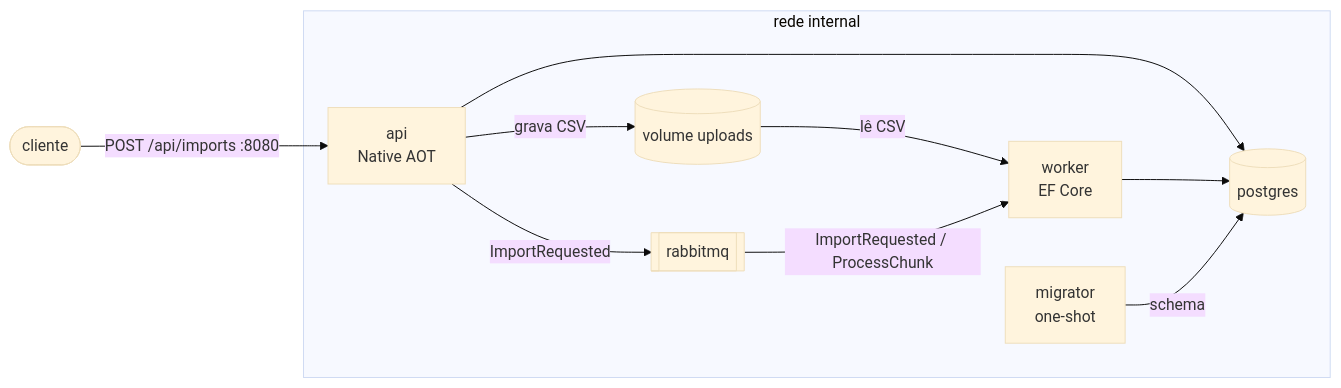
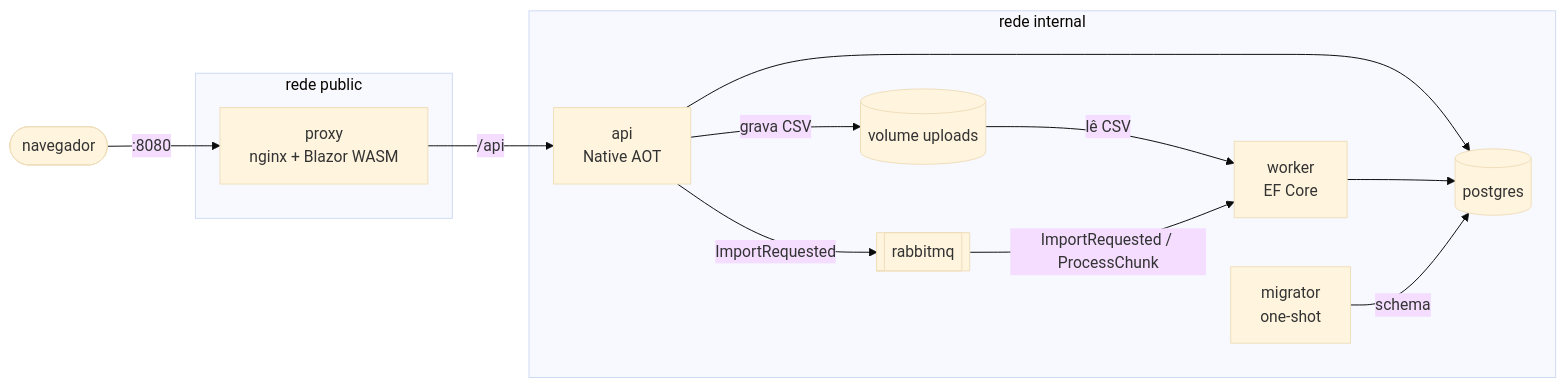
One commit to YudiKojima/statement-importer changed the diagram in README.md. Above: the diagram before and after it, drawn with Mermaid (base theme). The commit also changed other lines of this file and 37 other files, not shown here.

First line of the commit message:
Fase 02: frontend Blazor e reverse proxy

````diff
--- a/README.md
+++ b/README.md
@@ -22,19 +23,23 @@
 ```mermaid
 flowchart LR
-    client([cliente]) -- "POST /api/imports :8080" --> api
+    browser([navegador]) -- ":8080" --> proxy
+    subgraph public [rede public]
+        proxy[proxy<br/>nginx + Blazor WASM]
+    end
     subgraph internal [rede internal]
         api[api<br/>Native AOT]
         worker[worker<br/>EF Core]
         migrator[migrator<br/>one-shot]
         postgres[(postgres)]
         rabbitmq[[rabbitmq]]
         uploads[(volume uploads)]
     end
+    proxy -- "/api" --> api
     api -- grava CSV --> uploads
     uploads -- lê CSV --> worker
     api -- ImportRequested --> rabbitmq
     rabbitmq -- ImportRequested / ProcessChunk --> worker
     api --> postgres
     worker --> postgres
     migrator -- schema --> postgres
 ```
````
